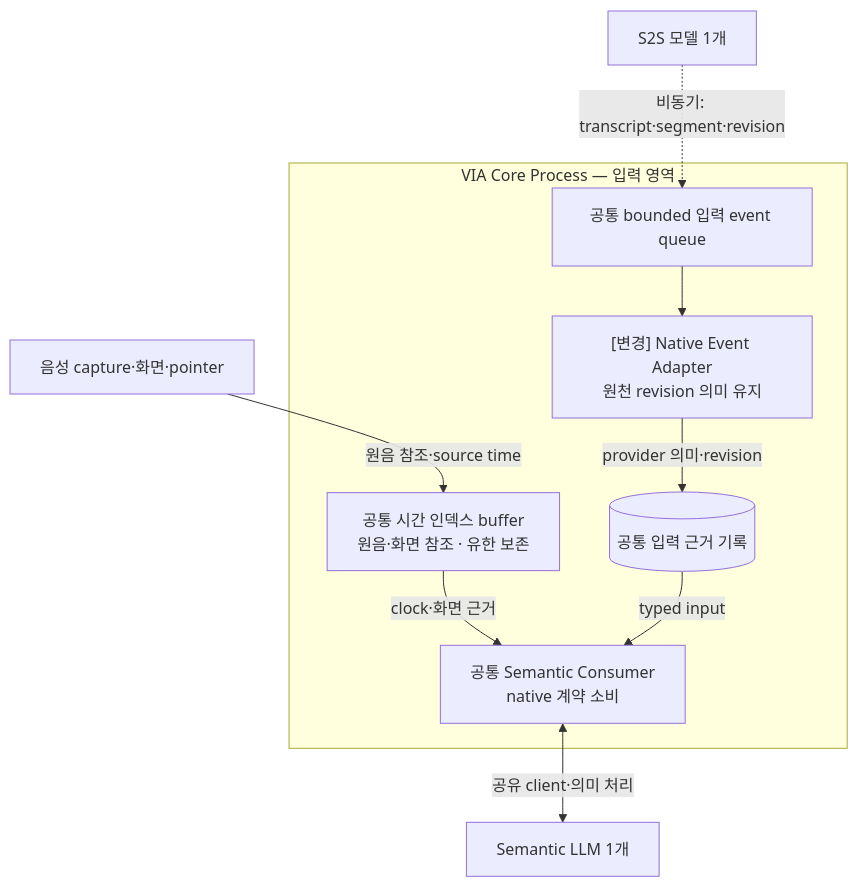
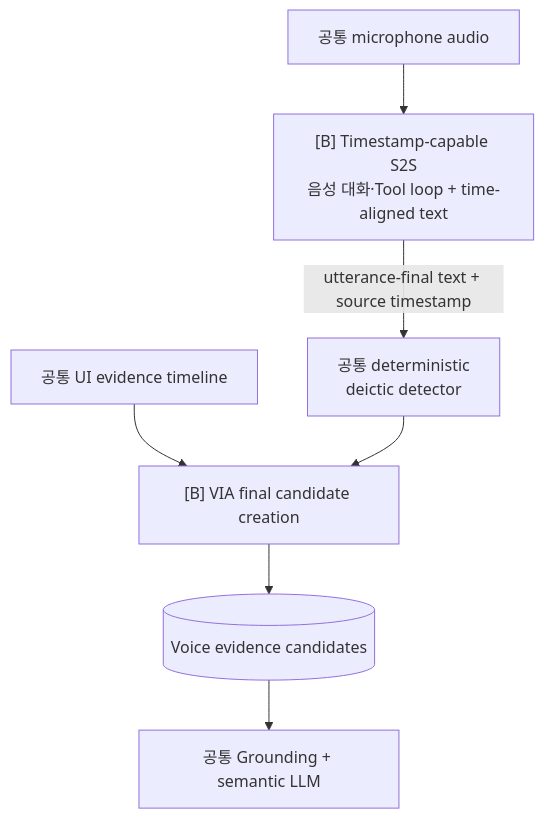
The second of 3 diagrams in docs/architecture/12-decisions/via-dp-03-voice-evidence.md (cbyche/via-sw-architecture), drawn with Mermaid before and after one commit. The commit also changed other lines of this file and 34 other files, not shown here.

Commit message:
docs: define VIA-DP-03 voice evidence alternatives

````diff
--- a/docs/architecture/12-decisions/via-dp-03-voice-evidence.md
+++ b/docs/architecture/12-decisions/via-dp-03-voice-evidence.md
@@ -80,12 +183,9 @@
 ```mermaid
 flowchart TB
- S["S2S 모델 1개"] -.->|"비동기: transcript·segment·revision"| Q
- R["음성 capture·화면·pointer"] -->|"원음 참조·source time"| B
- subgraph V["VIA Core Process — 입력 영역"]
- Q["공통 bounded 입력 event queue"] --> N["[변경] Native Event Adapter<br/>원천 revision 의미 유지"]
- B["공통 시간 인덱스 buffer<br/>원음·화면 참조 · 유한 보존"] -->|"clock·화면 근거"| C
- N -->|"provider 의미·revision"| E[("공통 입력 근거 기록")]
- E -->|"typed input"| C["공통 Semantic Consumer<br/>native 계약 소비"]
- end
- C <-->|"공유 client·의미 처리"| M["Semantic LLM 1개"]
+ A["공통 microphone audio"] --> S["[B] Timestamp-capable S2S<br/>음성 대화·Tool loop + time-aligned text"]
+ S -->|"utterance-final text + source timestamp"| D["공통 deterministic<br/>deictic detector"]
+ U["공통 UI evidence timeline"] --> C["[B] VIA final candidate creation"]
+ D --> C
+ C --> E[("Voice evidence candidates")]
+ E --> G["공통 Grounding + semantic LLM"]
 ```
````
